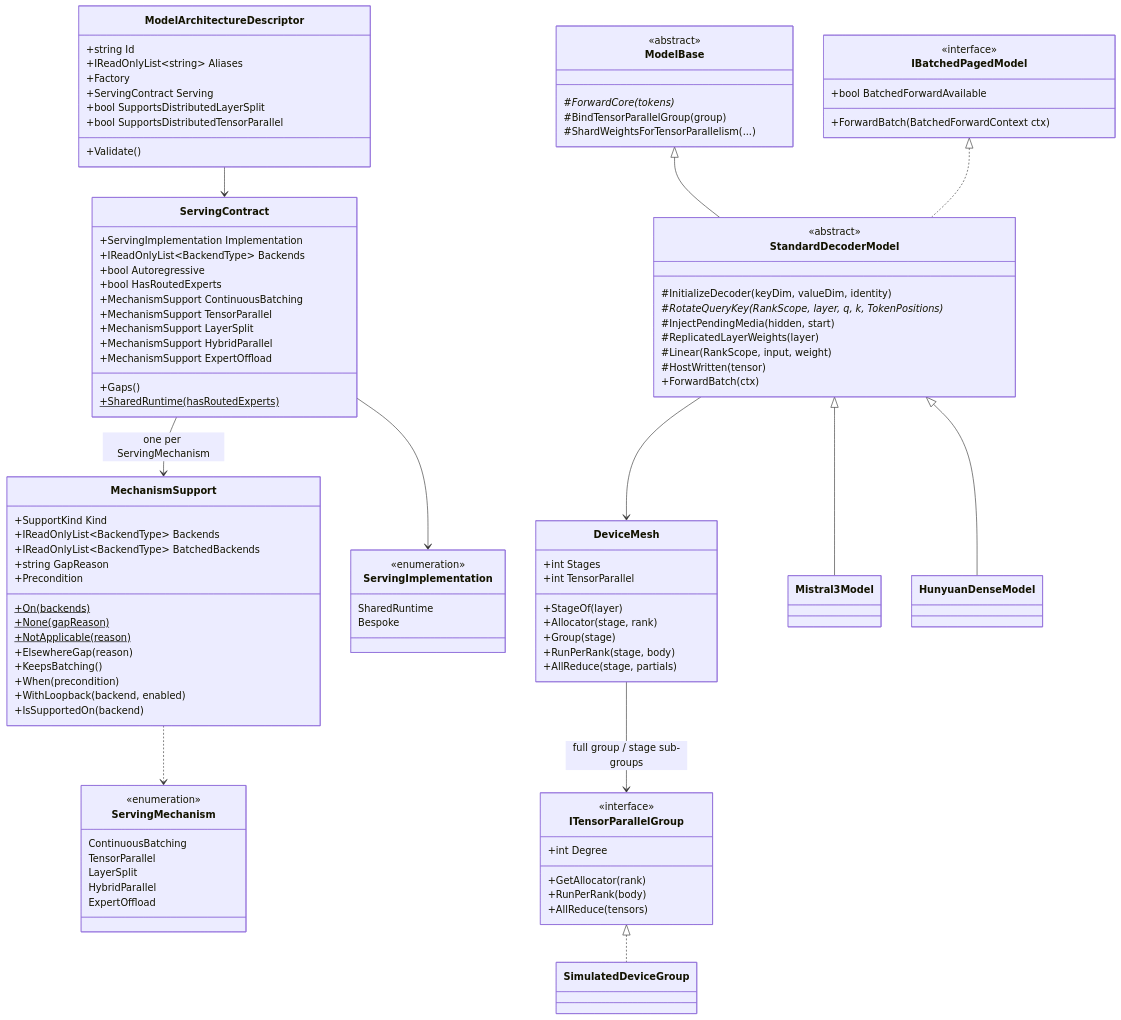
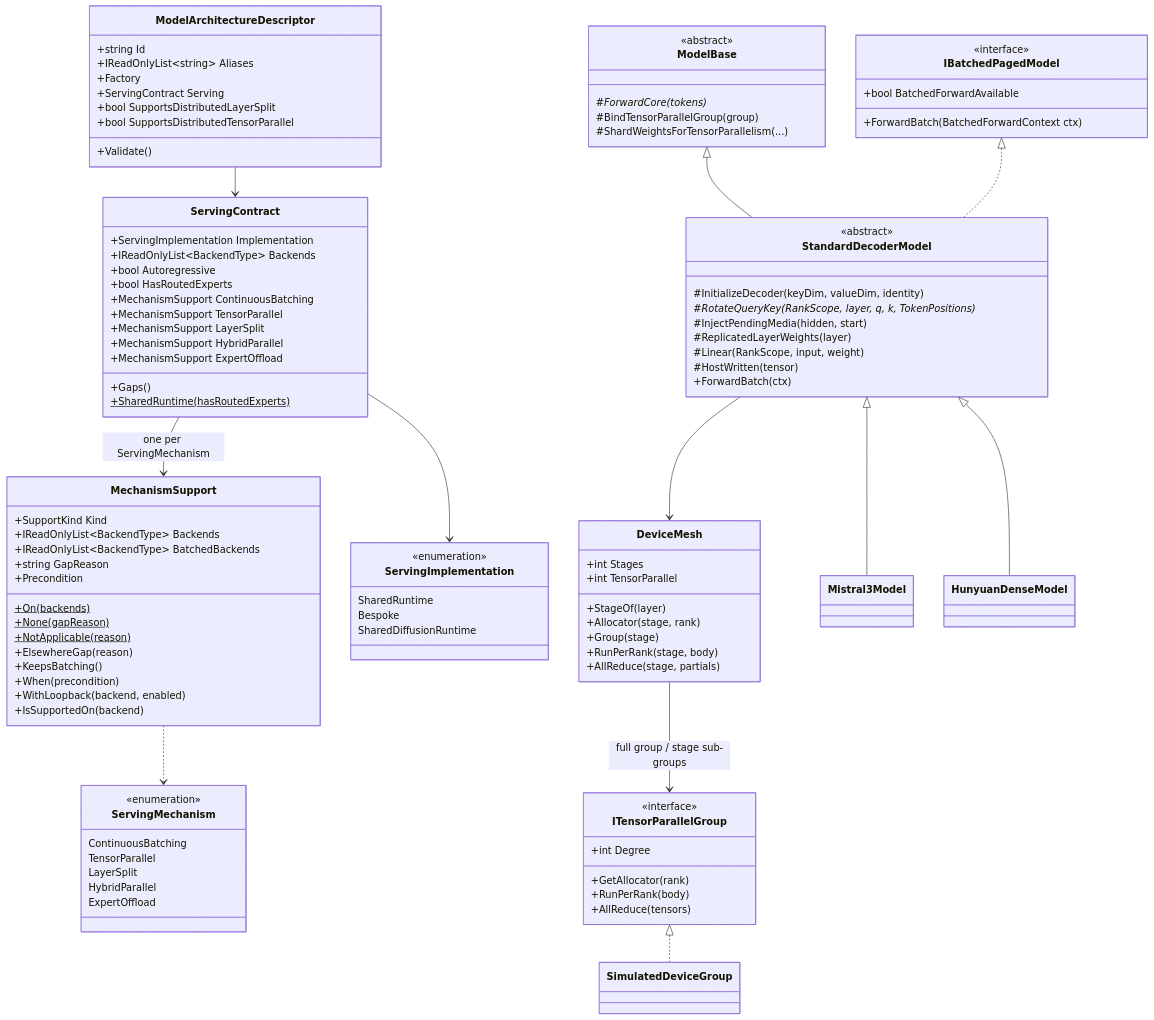
Before and after one commit to zhongkaifu/TensorSharp: the second of 3 diagrams in docs/design/unified-execution.md, drawn with Mermaid. The commit also changed other lines of this file and 6 other files, not shown here.

First line of the commit message:
Architecture: ServingImplementation.SharedDiffusionRuntime and the registry's safetensors detector

```diff
--- a/docs/design/unified-execution.md
+++ b/docs/design/unified-execution.md
@@ -227,6 +227,7 @@
         <<enumeration>>
         SharedRuntime
         Bespoke
+        SharedDiffusionRuntime
     }
     class IBatchedPagedModel {
         <<interface>>
```
